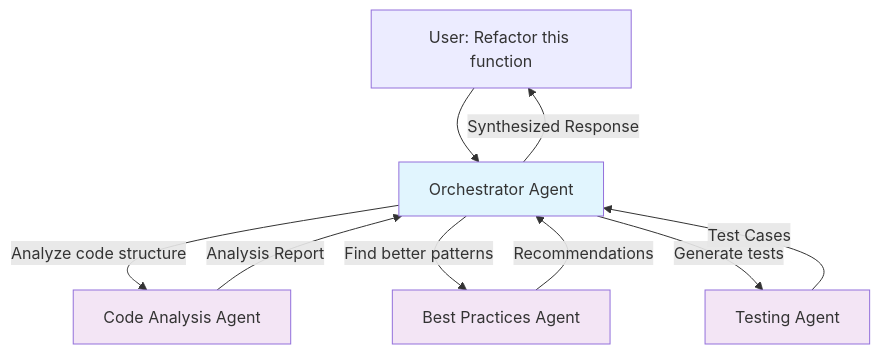
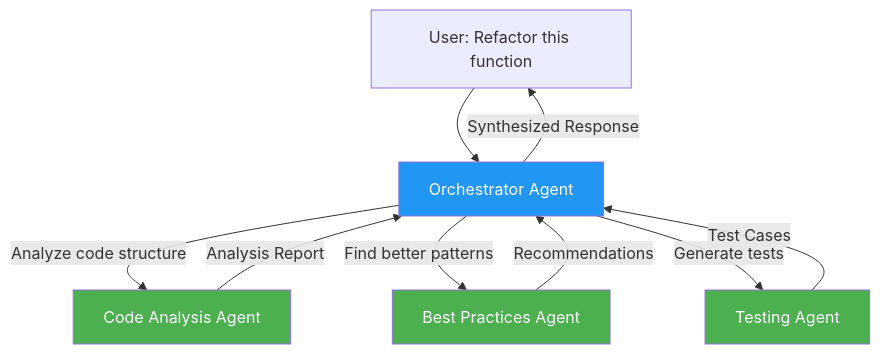
One commit to fwornle/agentic-ai-nano changed the fifth of 17 diagrams in docs-content/01_frameworks/Session1_ModuleD_Coding_Assistant_Case_Study.md. Above: the diagram before and after it, drawn with Mermaid. The commit also changed other lines of this file, not shown here.

Commit message:
docs: review Option D, styling (mermaid)

````diff
--- a/docs-content/01_frameworks/Session1_ModuleD_Coding_Assistant_Case_Study.md
+++ b/docs-content/01_frameworks/Session1_ModuleD_Coding_Assistant_Case_Study.md
@@ -317,19 +317,19 @@
 ```mermaid
 graph TD
     U[User: Refactor this function] --> O[Orchestrator Agent]
     
     O -->|Analyze code structure| A1[Code Analysis Agent]
     O -->|Find better patterns| A2[Best Practices Agent] 
     O -->|Generate tests| A3[Testing Agent]
     
     A1 -->|Analysis Report| O
     A2 -->|Recommendations| O
     A3 -->|Test Cases| O
     
     O -->|Synthesized Response| U
     
-    style O fill:#e1f5fe
-    style A1 fill:#f3e5f5
-    style A2 fill:#f3e5f5 
-    style A3 fill:#f3e5f5
+    style O fill:#2196F3,color:#ffffff
+    style A1 fill:#4CAF50,color:#ffffff
+    style A2 fill:#4CAF50,color:#ffffff 
+    style A3 fill:#4CAF50,color:#ffffff
 ```
````
